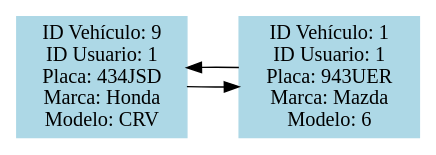
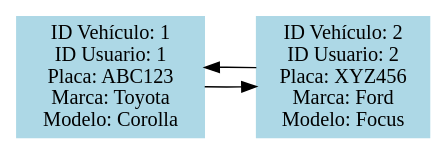
One commit to bryanthr6/-EDD-1S2025_201701010 changed the diagram in reporte_vehiculos.dot. Above: the diagram before and after it, drawn with Graphviz. The commit also changed 12 other files, not shown here.

```diff
--- a/reporte_vehiculos.dot
+++ b/reporte_vehiculos.dot
@@ -1,8 +1,8 @@
 digraph G {
     rankdir=LR;
     node [shape=box, style=filled, color=lightblue];
-    vehiculo0 [label="ID Vehículo: 9\nID Usuario: 1\nPlaca: 434JSD\nMarca: Honda\nModelo: CRV"];
+    vehiculo0 [label="ID Vehículo: 1\nID Usuario: 1\nPlaca: ABC123\nMarca: Toyota\nModelo: Corolla"];
     vehiculo0 -> vehiculo1 [dir=forward];
     vehiculo0 -> vehiculo1 [dir=back];
-    vehiculo1 [label="ID Vehículo: 1\nID Usuario: 1\nPlaca: 943UER\nMarca: Mazda\nModelo: 6"];
+    vehiculo1 [label="ID Vehículo: 2\nID Usuario: 2\nPlaca: XYZ456\nMarca: Ford\nModelo: Focus"];
 }
```
